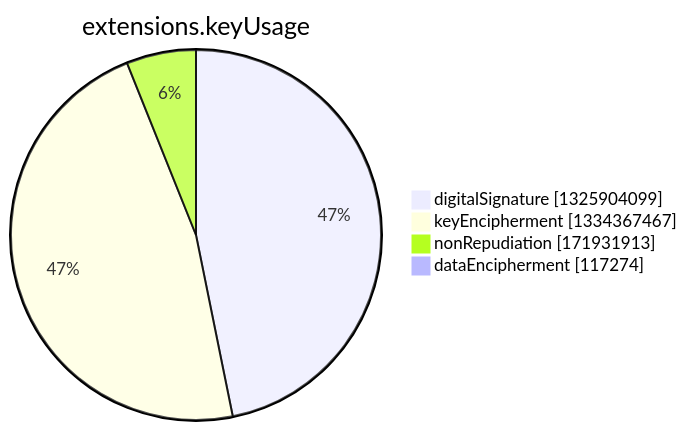
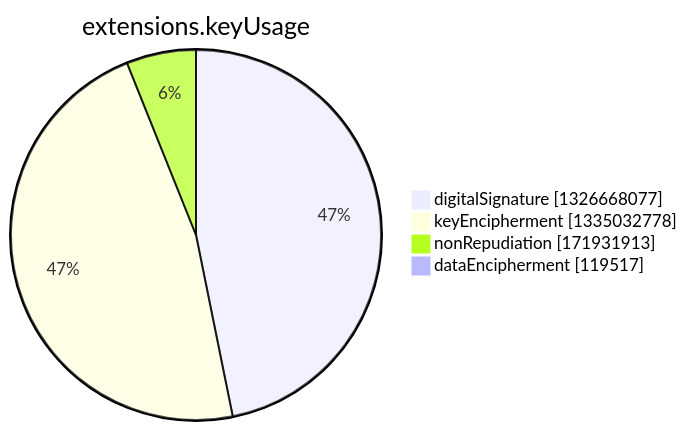
One commit to christiankrug/ctmonitor_visualization changed the seventh of 15 diagrams in argon2022/README.md. Above: the diagram before and after it, drawn with Mermaid. The commit also changed other lines of this file, not shown here.

````diff
--- a/argon2022/README.md
+++ b/argon2022/README.md
@@ -2750,8 +2750,8 @@
 ```mermaid
 pie showData
 title extensions.keyUsage
-"digitalSignature" :1325904099
-"keyEncipherment" :1334367467
+"digitalSignature" :1326668077
+"keyEncipherment" :1335032778
 "nonRepudiation" :171931913
-"dataEncipherment" :117274
+"dataEncipherment" :119517
 ```
````
